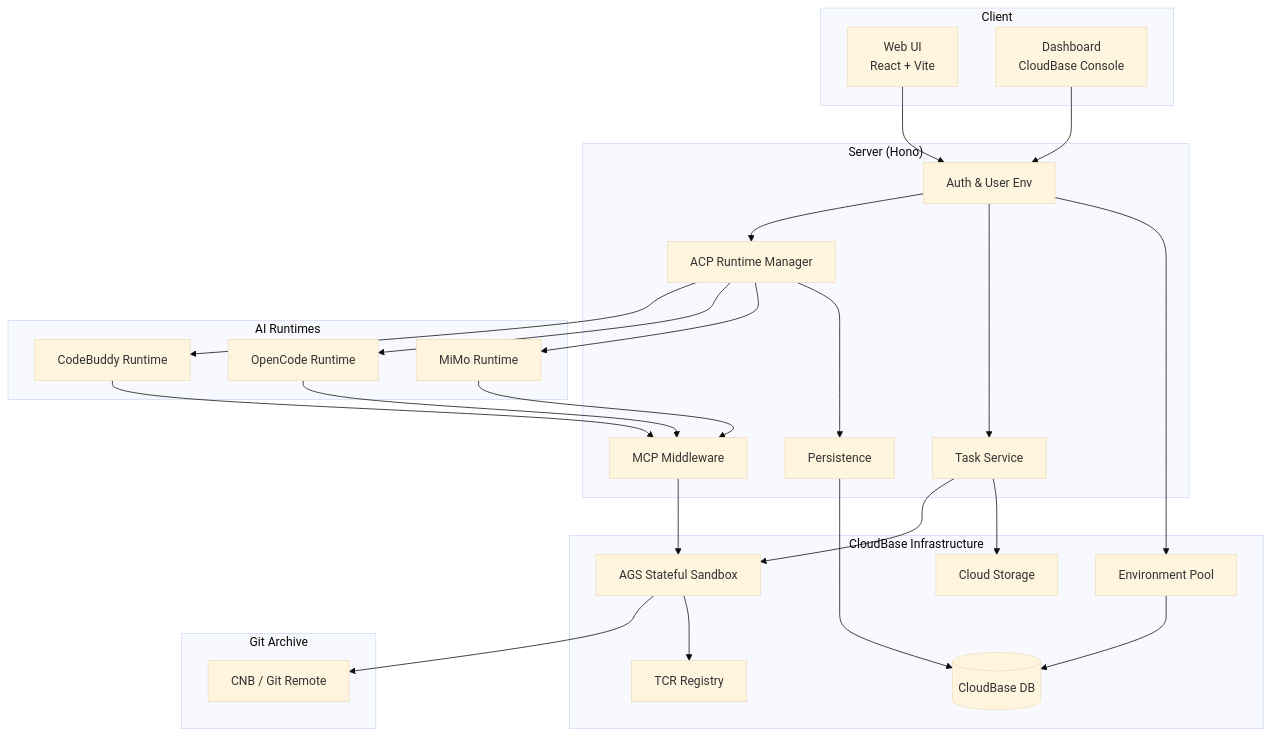
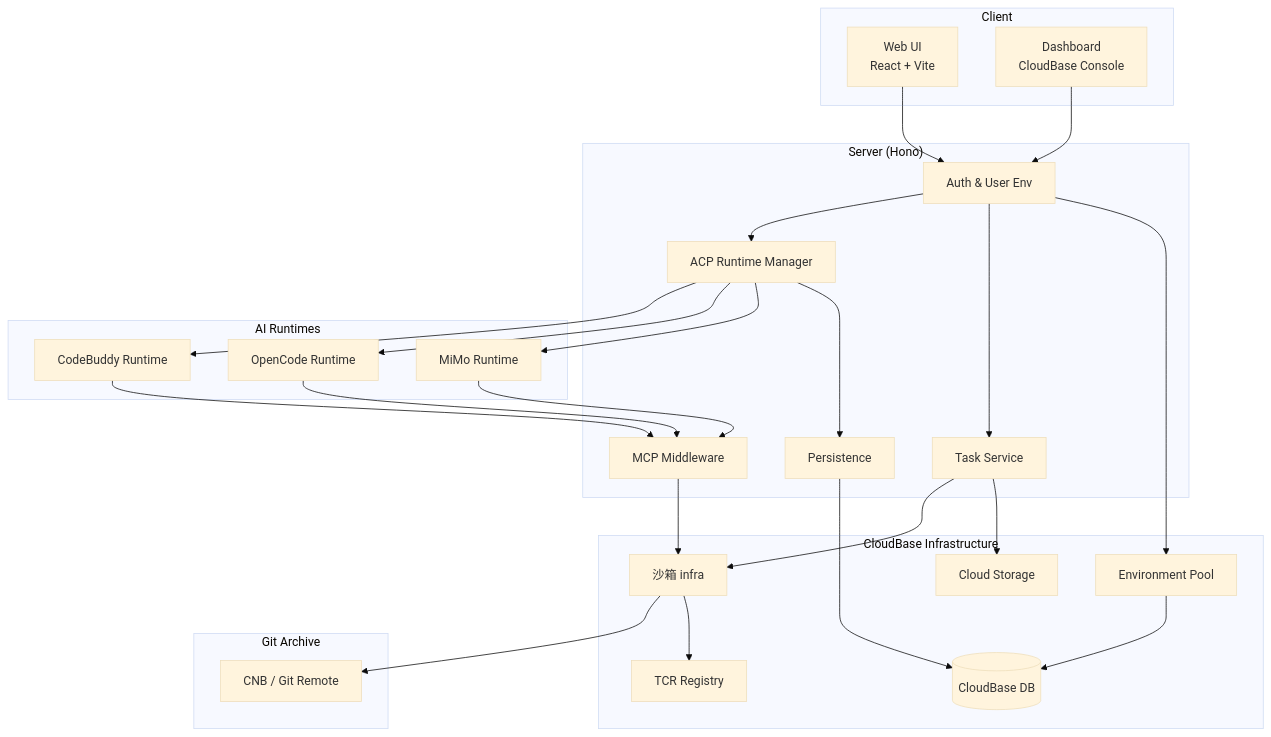
One commit to TencentCloudBase/OpenVibeCoding changed the first of 5 diagrams in docs/architecture.md. Above: the diagram before and after it, drawn with Mermaid (base theme). The commit also changed other lines of this file and 14 other files, not shown here.

First line of the commit message:
feat(stateful): sandbox progress, public TCR default, and docs

````diff
--- a/docs/architecture.md
+++ b/docs/architecture.md
@@ -7,47 +7,47 @@
 ```mermaid
 graph TB
     subgraph Client["Client"]
         Web["Web UI<br/>React + Vite"]
         Dashboard["Dashboard<br/>CloudBase Console"]
     end
 
     subgraph Server["Server (Hono)"]
         Auth["Auth & User Env"]
         RuntimeMgr["ACP Runtime Manager"]
         TaskSvc["Task Service"]
         Persist["Persistence"]
         MCPMiddleware["MCP Middleware"]
     end
 
     subgraph Runtimes["AI Runtimes"]
         CodeBuddy["CodeBuddy Runtime"]
         OpenCode["OpenCode Runtime"]
         MiMo["MiMo Runtime"]
     end
 
     subgraph Infra["CloudBase Infrastructure"]
         DB[("CloudBase DB")]
-        AGS["AGS Stateful Sandbox"]
+        SbxInfra["沙箱 infra"]
         Storage["Cloud Storage"]
         TCR["TCR Registry"]
         EnvPool["Environment Pool"]
     end
 
     subgraph Git["Git Archive"]
         CNB["CNB / Git Remote"]
     end
 
     Web --> Auth
     Dashboard --> Auth
     Auth --> RuntimeMgr
     Auth --> TaskSvc
     RuntimeMgr --> CodeBuddy & OpenCode & MiMo
     CodeBuddy & OpenCode & MiMo --> MCPMiddleware
-    MCPMiddleware --> AGS
-    TaskSvc --> AGS
+    MCPMiddleware --> SbxInfra
+    TaskSvc --> SbxInfra
     RuntimeMgr --> Persist --> DB
-    AGS --> CNB
-    AGS --> TCR
+    SbxInfra --> CNB
+    SbxInfra --> TCR
     TaskSvc --> Storage
     Auth --> EnvPool --> DB
 ```
````
